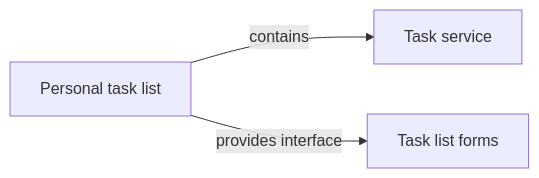
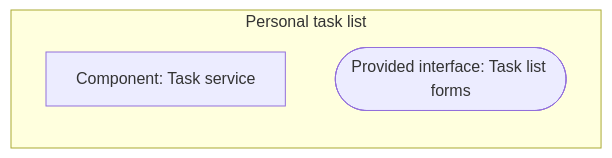
Before and after one commit to craigsmitham/dotspec: the diagram in examples/todo/specification/personal-task-list.system.spec-report.md, drawn with Mermaid. The commit also changed other lines of this file and 12 other files, not shown here.

Commit message:
Show declared structure and boundary interactions in Architecture

````diff
--- a/examples/todo/specification/personal-task-list.system.spec-report.md
+++ b/examples/todo/specification/personal-task-list.system.spec-report.md
@@ -86,8 +86,7 @@
 ```mermaid
 flowchart LR
-    n0["Personal task list"]
-    n1["Task service"]
-    n0 -->|contains| n1
-    n2["Task list forms"]
-    n0 -->|provides interface| n2
+    subgraph owner["Personal task list"]
+        n1["Component: Task service"]
+        n2(["Provided interface: Task list forms"])
+    end
 ```
````
